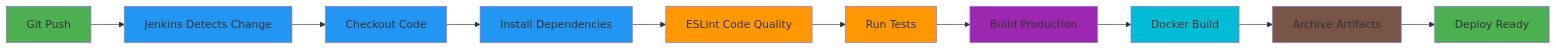
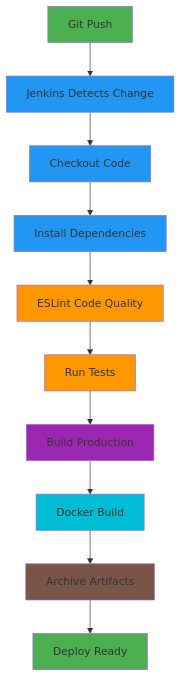
One commit to syedsinan321/infra-monitoring-dashboard changed the first of 2 diagrams in README.md. Above: the diagram before and after it, drawn with Mermaid.

Commit message:
Update pipeline architecture diagram from left-right to top-down layout

````diff
--- a/README.md
+++ b/README.md
@@ -52,23 +52,23 @@
 ```mermaid
-graph LR
+graph TD
     A[Git Push] --> B[Jenkins Detects Change]
     B --> C[Checkout Code]
     C --> D[Install Dependencies]
     D --> E[ESLint Code Quality]
     E --> F[Run Tests]
     F --> G[Build Production]
     G --> H[Docker Build]
     H --> I[Archive Artifacts]
     I --> J[Deploy Ready]
     
     style A fill:#4CAF50
     style B fill:#2196F3
     style C fill:#2196F3
     style D fill:#2196F3
     style E fill:#FF9800
     style F fill:#FF9800
     style G fill:#9C27B0
     style H fill:#00BCD4
     style I fill:#795548
     style J fill:#4CAF50
 ```
````
